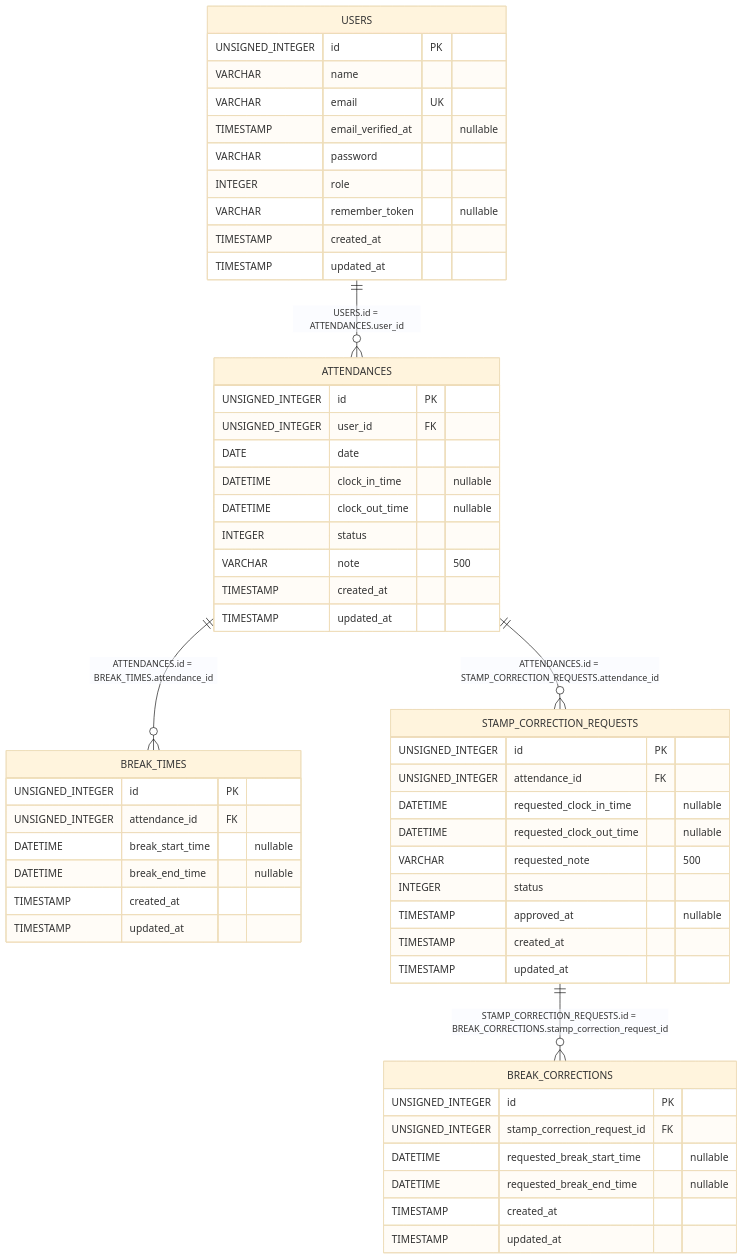
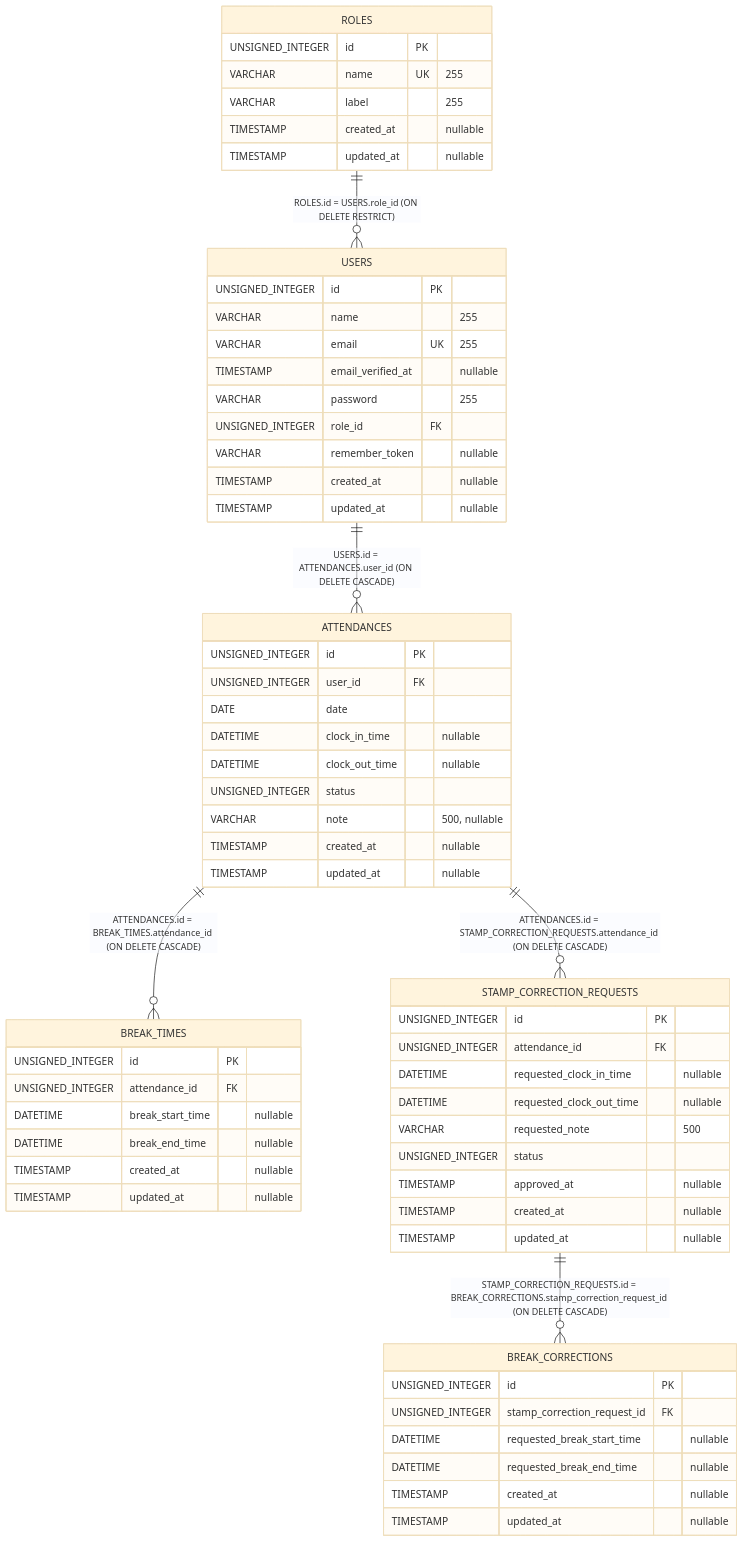
The diagram in docs/attendance-er.mmd (StudioRocha/mock_case2), drawn with Mermaid (base theme) before and after one commit.

Commit message:
1219waypoint

```diff
--- a/docs/attendance-er.mmd
+++ b/docs/attendance-er.mmd
@@ -1,59 +1,69 @@
 erDiagram
+    ROLES {
+        UNSIGNED_INTEGER id PK
+        VARCHAR name UK "255"
+        VARCHAR label "255"
+        TIMESTAMP created_at "nullable"
+        TIMESTAMP updated_at "nullable"
+    }
     USERS {
         UNSIGNED_INTEGER id PK
-        VARCHAR name
-        VARCHAR email UK
+        VARCHAR name "255"
+        VARCHAR email UK "255"
         TIMESTAMP email_verified_at "nullable"
-        VARCHAR password
-        INTEGER role
+        VARCHAR password "255"
+        UNSIGNED_INTEGER role_id FK
         VARCHAR remember_token "nullable"
-        TIMESTAMP created_at
-        TIMESTAMP updated_at
+        TIMESTAMP created_at "nullable"
+        TIMESTAMP updated_at "nullable"
     }
     ATTENDANCES {
         UNSIGNED_INTEGER id PK
         UNSIGNED_INTEGER user_id FK
         DATE date
         DATETIME clock_in_time "nullable"
         DATETIME clock_out_time "nullable"
-        INTEGER status
-        VARCHAR note "500"
-        TIMESTAMP created_at
-        TIMESTAMP updated_at
+        UNSIGNED_INTEGER status
+        VARCHAR note "500, nullable"
+        TIMESTAMP created_at "nullable"
+        TIMESTAMP updated_at "nullable"
     }
     BREAK_TIMES {
         UNSIGNED_INTEGER id PK
         UNSIGNED_INTEGER attendance_id FK
         DATETIME break_start_time "nullable"
         DATETIME break_end_time "nullable"
-        TIMESTAMP created_at
-        TIMESTAMP updated_at
+        TIMESTAMP created_at "nullable"
+        TIMESTAMP updated_at "nullable"
     }
     STAMP_CORRECTION_REQUESTS {
         UNSIGNED_INTEGER id PK
         UNSIGNED_INTEGER attendance_id FK
         DATETIME requested_clock_in_time "nullable"
         DATETIME requested_clock_out_time "nullable"
         VARCHAR requested_note "500"
-        INTEGER status
+        UNSIGNED_INTEGER status
         TIMESTAMP approved_at "nullable"
-        TIMESTAMP created_at
-        TIMESTAMP updated_at
+        TIMESTAMP created_at "nullable"
+        TIMESTAMP updated_at "nullable"
     }
     BREAK_CORRECTIONS {
         UNSIGNED_INTEGER id PK
         UNSIGNED_INTEGER stamp_correction_request_id FK
         DATETIME requested_break_start_time "nullable"
         DATETIME requested_break_end_time "nullable"
-        TIMESTAMP created_at
-        TIMESTAMP updated_at
+        TIMESTAMP created_at "nullable"
+        TIMESTAMP updated_at "nullable"
     }
 
     %% リレーション定義
-    USERS ||--o{ ATTENDANCES : "USERS.id = ATTENDANCES.user_id"
-    ATTENDANCES ||--o{ BREAK_TIMES : "ATTENDANCES.id = BREAK_TIMES.attendance_id"
-    ATTENDANCES ||--o{ STAMP_CORRECTION_REQUESTS : "ATTENDANCES.id = STAMP_CORRECTION_REQUESTS.attendance_id"
-    STAMP_CORRECTION_REQUESTS ||--o{ BREAK_CORRECTIONS : "STAMP_CORRECTION_REQUESTS.id = BREAK_CORRECTIONS.stamp_correction_request_id"
+    ROLES ||--o{ USERS : "ROLES.id = USERS.role_id (ON DELETE RESTRICT)"
+    USERS ||--o{ ATTENDANCES : "USERS.id = ATTENDANCES.user_id (ON DELETE CASCADE)"
+    ATTENDANCES ||--o{ BREAK_TIMES : "ATTENDANCES.id = BREAK_TIMES.attendance_id (ON DELETE CASCADE)"
+    ATTENDANCES ||--o{ STAMP_CORRECTION_REQUESTS : "ATTENDANCES.id = STAMP_CORRECTION_REQUESTS.attendance_id (ON DELETE CASCADE)"
+    STAMP_CORRECTION_REQUESTS ||--o{ BREAK_CORRECTIONS : "STAMP_CORRECTION_REQUESTS.id = BREAK_CORRECTIONS.stamp_correction_request_id (ON DELETE CASCADE)"
     
-    %% 注意: STAMP_CORRECTION_REQUESTSの申請者はattendance.user_id経由で取得
-    %% 承認者はapproved_atがNULLでないことで判定（承認者IDは保存しない）
+    %% 注意事項
+    %% - ATTENDANCESテーブル: user_idとdateの組み合わせでUNIQUE制約（1日1レコード）
+    %% - STAMP_CORRECTION_REQUESTSの申請者はattendance.user_id経由で取得
+    %% - 承認者はapproved_atがNULLでないことで判定（承認者IDは保存しない）
```
